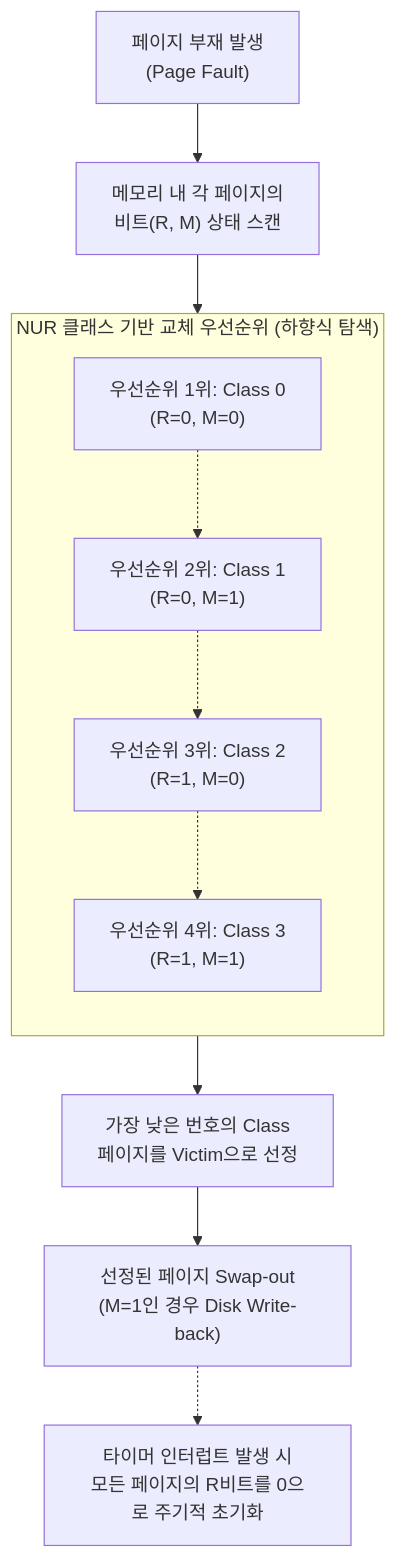
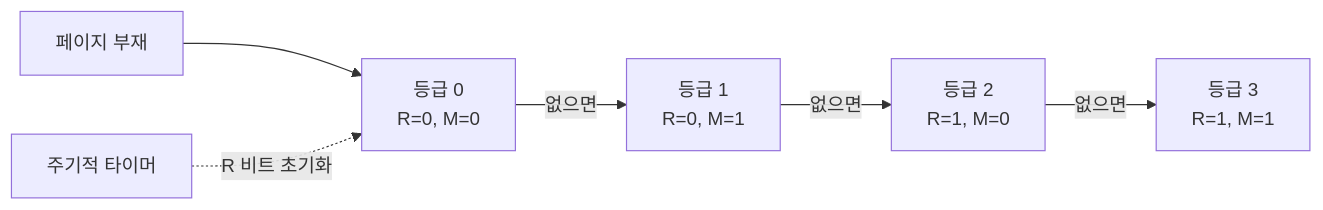
One commit to supremethumb/supremethumb.github.io changed the diagram in content/01_IT Tech/NUR.md. Above: the diagram before and after it, drawn with Mermaid. The commit also changed other lines of this file and 1087 other files, not shown here.

````diff
--- a/content/01_IT Tech/NUR.md
+++ b/content/01_IT Tech/NUR.md
@@ -30,26 +35,8 @@
 ```mermaid
-flowchart TD
-    Start["페이지 부재 발생<br/>(Page Fault)"]
-    BitCheck["메모리 내 각 페이지의<br/>비트(R, M) 상태 스캔"]
-    
-    subgraph Class_Priority ["NUR 클래스 기반 교체 우선순위 (하향식 탐색)"]
-        direction TB
-        C0["우선순위 1위: Class 0<br/>(R=0, M=0)"]
-        C1["우선순위 2위: Class 1<br/>(R=0, M=1)"]
-        C2["우선순위 3위: Class 2<br/>(R=1, M=0)"]
-        C3["우선순위 4위: Class 3<br/>(R=1, M=1)"]
-        
-        C0 -.-> C1 -.-> C2 -.-> C3
-    end
-    
-    Target["가장 낮은 번호의 Class<br/>페이지를 Victim으로 선정"]
-    Swap["선정된 페이지 Swap-out<br/>(M=1인 경우 Disk Write-back)"]
-    Reset["타이머 인터럽트 발생 시<br/>모든 페이지의 R비트를 0으로 주기적 초기화"]
-    
-    Start --> BitCheck
-    BitCheck --> Class_Priority
-    Class_Priority --> Target
-    Target --> Swap
-    Swap -.-> Reset
-
+flowchart LR
+    PF["페이지 부재"] --> C0["등급 0<br/>R=0, M=0"]
+    C0 -->|"없으면"| C1["등급 1<br/>R=0, M=1"]
+    C1 -->|"없으면"| C2["등급 2<br/>R=1, M=0"]
+    C2 -->|"없으면"| C3["등급 3<br/>R=1, M=1"]
+    TMR["주기적 타이머"] -.->|"R 비트 초기화"| C0
 ```
````
